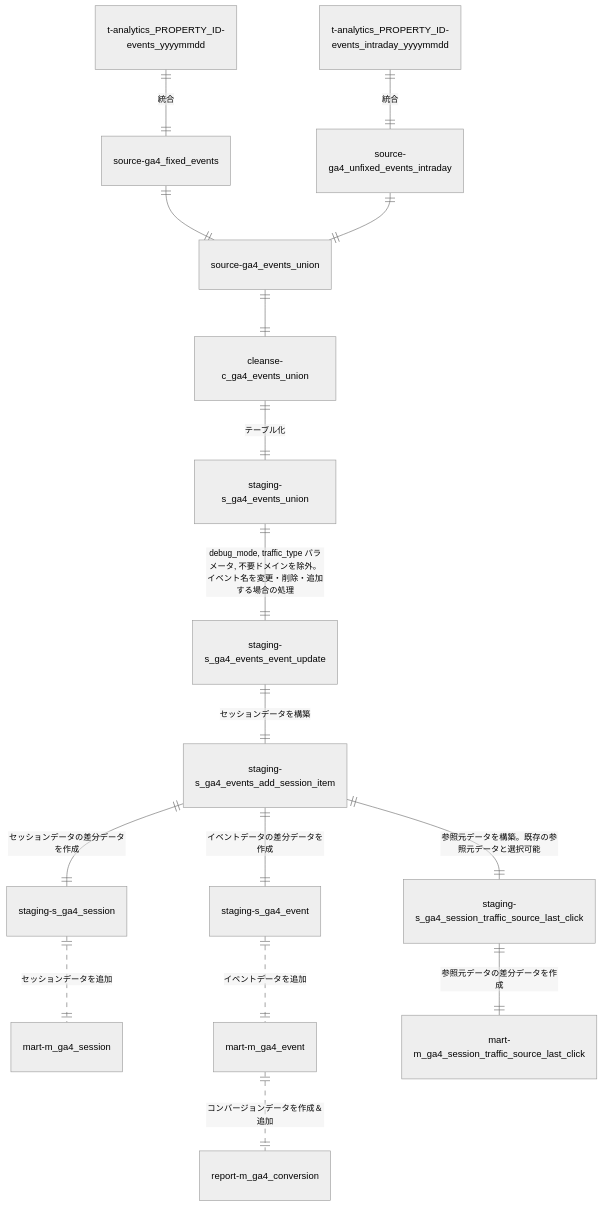
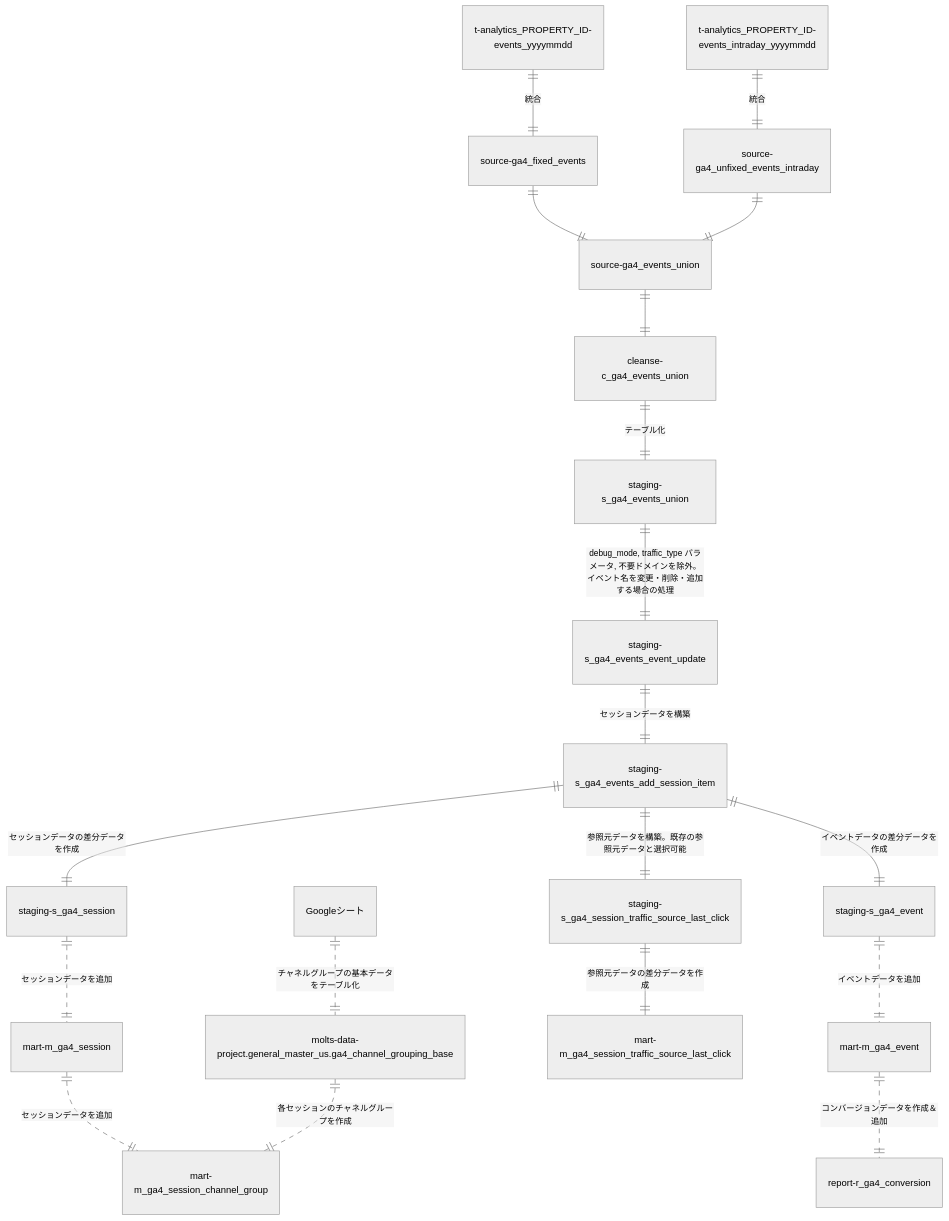
The diagram in README.md (MondayTiger/molts_ga4), drawn with Mermaid (neutral theme) before and after one commit. The commit also changed other lines of this file, not shown here.

````diff
--- a/README.md
+++ b/README.md
@@ -46,35 +46,40 @@
 ```mermaid
 erDiagram
 		%% GA4のイベントデータからソースデータを構築
     t-analytics_PROPERTY_ID-events_yyyymmdd ||--|| source-ga4_fixed_events : "統合"
     t-analytics_PROPERTY_ID-events_intraday_yyyymmdd ||--|| source-ga4_unfixed_events_intraday : "統合"
     source-ga4_fixed_events ||--|| source-ga4_events_union : ""
     source-ga4_unfixed_events_intraday ||--|| source-ga4_events_union : ""
 
 		%% ソースデータをクレンジング
     source-ga4_events_union ||--|| cleanse-c_ga4_events_union : ""
 
 		%% クレンジングしたデータ量が多すぎるのと、後続の処理が複雑でBigQuery上で処理できないため、テーブル化
     cleanse-c_ga4_events_union ||--|| staging-s_ga4_events_union : "テーブル化"
 
 		%% 内部アクセスを除外、イベント名を変更・削除・追加する場合の処理
     staging-s_ga4_events_union ||--|| staging-s_ga4_events_event_update : "debug_mode, traffic_type パラメータ, 不要ドメインを除外。イベント名を変更・削除・追加する場合の処理"
 
 		%% 参照元やエンゲージメントなどセッションデータを構築
     staging-s_ga4_events_event_update ||--|| staging-s_ga4_events_add_session_item : "セッションデータを構築"
 
 		%% 各データマートに追加する差分データを構築
     staging-s_ga4_events_add_session_item ||--|| staging-s_ga4_session : "セッションデータの差分データを作成"
     staging-s_ga4_events_add_session_item ||--|| staging-s_ga4_event : "イベントデータの差分データを作成"
 
-        %% session_traffic_source_last_clickカラムから参照元データを別途作成
-     staging-s_ga4_events_add_session_item ||--|| staging-s_ga4_session_traffic_source_last_click : "参照元データを構築。既存の参照元データと選択可能"
+    %% session_traffic_source_last_clickカラムから参照元データを別途作成
+    staging-s_ga4_events_add_session_item ||--|| staging-s_ga4_session_traffic_source_last_click : "参照元データを構築。既存の参照元データと選択可能"
 
 		%% 蓄積済みの各データマートにデータを投入
     staging-s_ga4_session ||..|| mart-m_ga4_session : "セッションデータを追加"
     staging-s_ga4_event ||..|| mart-m_ga4_event : "イベントデータを追加"
     staging-s_ga4_session_traffic_source_last_click ||--|| mart-m_ga4_session_traffic_source_last_click : "参照元データの差分データを作成"
 
+    %% セッションデータからチャネルグループを各セッションごとに作成
+    mart-m_ga4_session ||..|| mart-m_ga4_session_channel_group : "セッションデータを追加"
+    Googleシート ||..|| molts-data-project.general_master_us.ga4_channel_grouping_base : "チャネルグループの基本データをテーブル化"
+    molts-data-project.general_master_us.ga4_channel_grouping_base ||..|| mart-m_ga4_session_channel_group : "各セッションのチャネルグループを作成"
+
     %% コンバージョン用データマートにデータを投入
-    mart-m_ga4_event||..|| report-m_ga4_conversion : "コンバージョンデータを作成＆追加"
+    mart-m_ga4_event||..|| report-r_ga4_conversion : "コンバージョンデータを作成＆追加"
 ```
````
